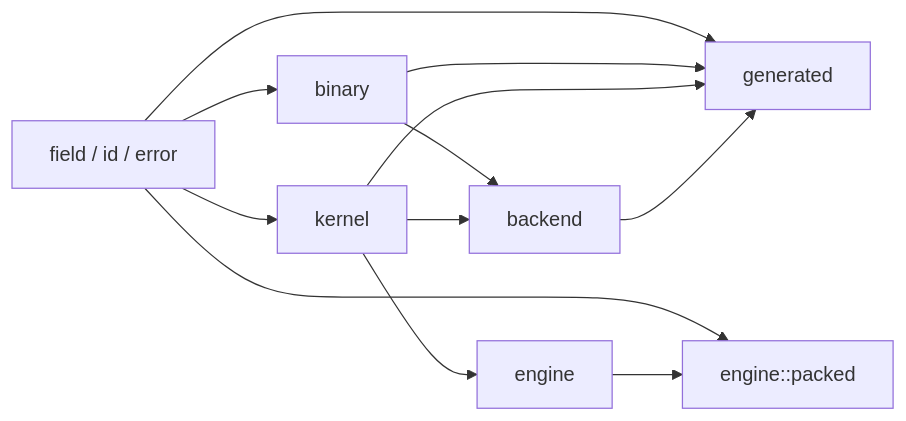
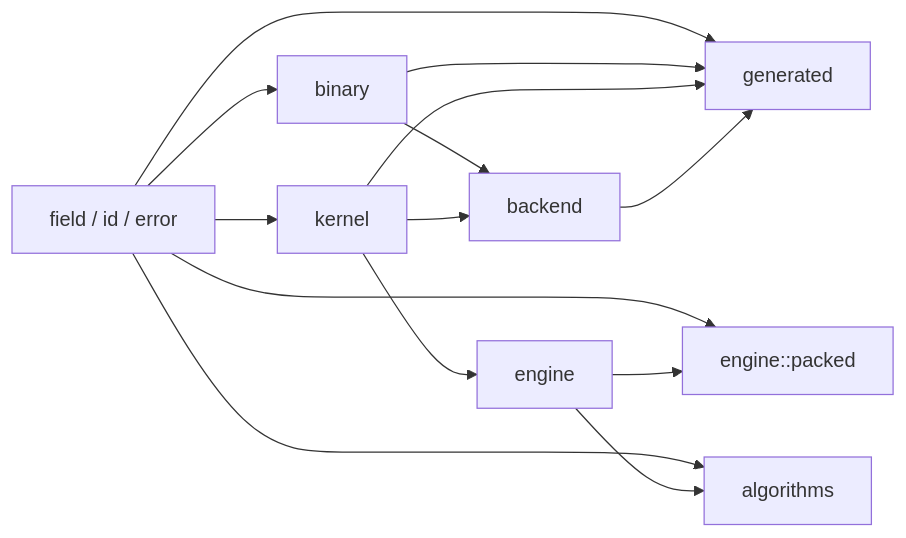
One commit to alfredoVallejoM/homomorphic-hash-rs changed the first of 5 diagrams in docs/microfield/architecture.md. Above: the diagram before and after it, drawn with Mermaid. The commit also changed other lines of this file and 46 other files, not shown here.

````diff
--- a/docs/microfield/architecture.md
+++ b/docs/microfield/architecture.md
@@ -5,22 +5,25 @@
 ```mermaid
 flowchart LR
     Field[field / id / error]
     Binary[binary]
     Kernel[kernel]
     Backend[backend]
     Generated[generated]
     Engine[engine]
     Packed[engine::packed]
+    Algorithms[algorithms]
 
     Field --> Binary
     Field --> Kernel
     Binary --> Backend
     Kernel --> Backend
     Field --> Generated
     Binary --> Generated
     Kernel --> Generated
     Backend --> Generated
     Kernel --> Engine
     Field --> Packed
     Engine --> Packed
+    Field --> Algorithms
+    Engine --> Algorithms
 ```
````
